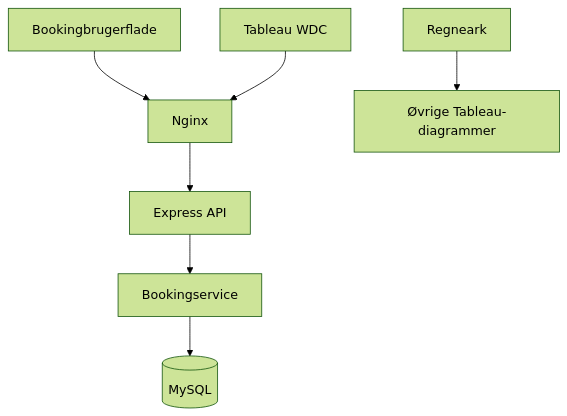
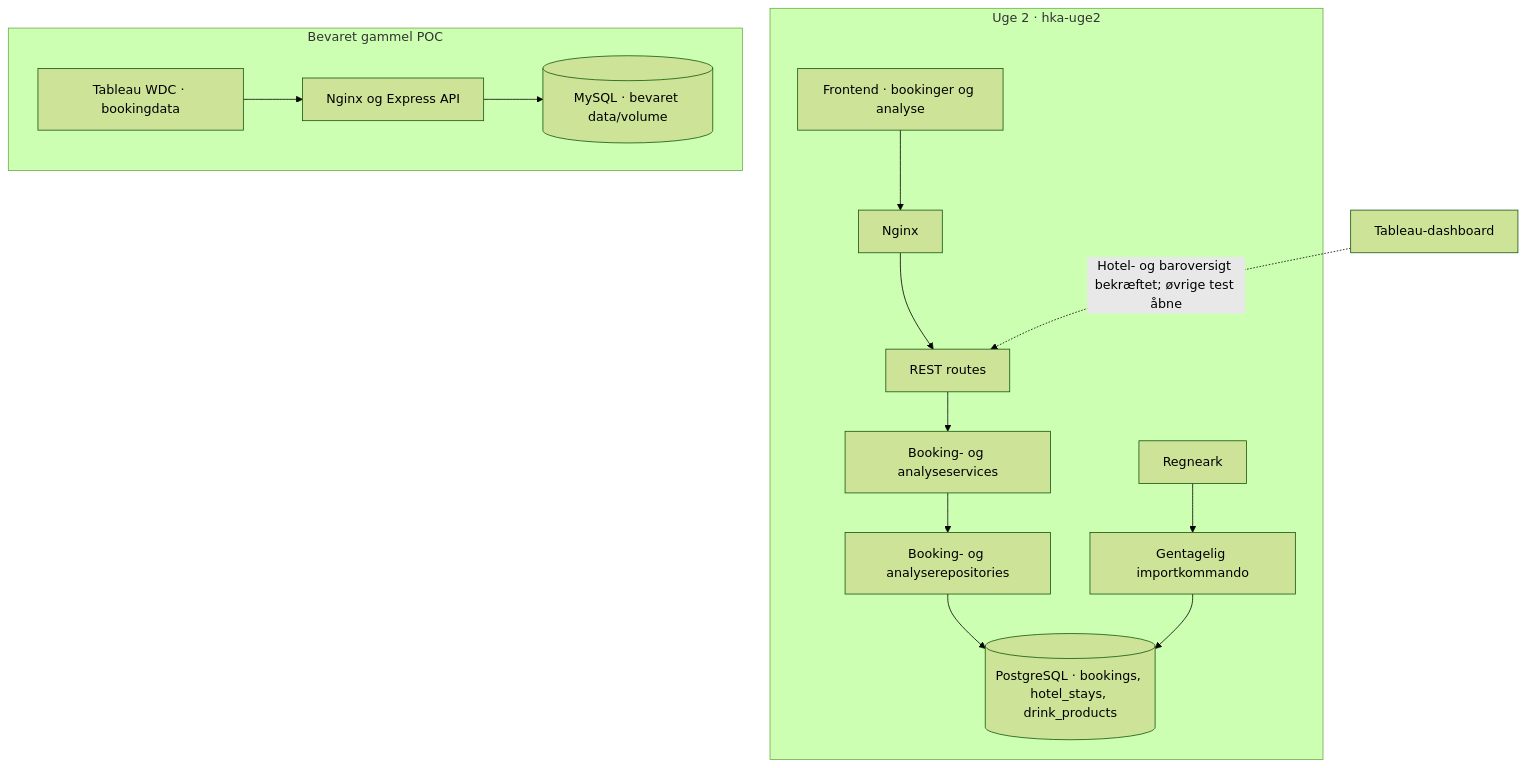
Before and after one commit to kkablalah/Hotel-Kong-Arthur: the diagram in README.md, drawn with Mermaid (forest theme). The commit also changed other lines of this file and 27 other files, not shown here.

````diff
--- a/README.md
+++ b/README.md
@@ -41,9 +43,17 @@
 ```mermaid
 flowchart TD
-    B[Bookingbrugerflade] --> N[Nginx]
-    T[Tableau WDC] --> N
-    N --> A[Express API]
-    A --> S[Bookingservice]
-    S --> D[(MySQL)]
-    X[Regneark] --> V[Øvrige Tableau-diagrammer]
+    subgraph U2[Uge 2 · hka-uge2]
+      B[Frontend · bookinger og analyse] --> N[Nginx]
+      N --> RT[REST routes]
+      RT --> S[Booking- og analyseservices]
+      S --> R[Booking- og analyserepositories]
+      R --> P[(PostgreSQL · bookings, hotel_stays, drink_products)]
+      X[Regneark] --> I[Gentagelig importkommando]
+      I --> P
+    end
+    T[Tableau-dashboard] -. Hotel- og baroversigt bekræftet; øvrige test åbne .-> RT
+    subgraph POC[Bevaret gammel POC]
+      W[Tableau WDC · bookingdata] --> L[Nginx og Express API]
+      L --> M[(MySQL · bevaret data/volume)]
+    end
 ```
````
